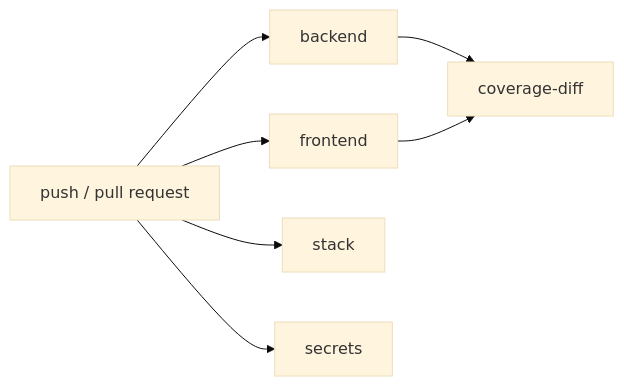
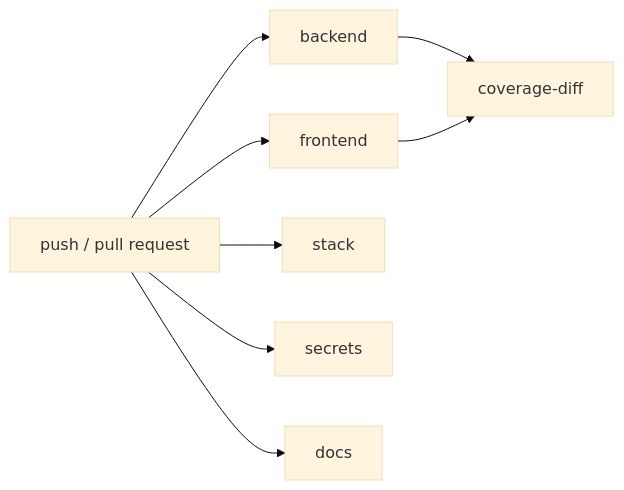
The diagram in docs/runbooks/ci-cd.md (subnetMusk/alittlebyte-MVP), drawn with Mermaid (base theme) before and after one commit. The commit also changed other lines of this file and 4 other files, not shown here.

````diff
--- a/docs/runbooks/ci-cd.md
+++ b/docs/runbooks/ci-cd.md
@@ -10,9 +10,10 @@
 ```mermaid
 flowchart LR
   push["push / pull request"] --> backend["backend"]
   push --> frontend["frontend"]
   push --> stack["stack"]
   push --> secrets["secrets"]
+  push --> docs["docs"]
   backend --> diff["coverage-diff"]
   frontend --> diff
 ```
````
